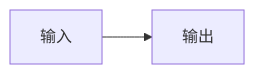
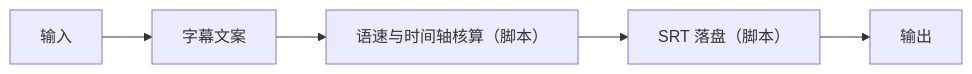
The diagram in workflows/voiceover-subtitle-flow/SKILL.md (bangwozuo/shop-video-zh), drawn with Mermaid before and after one commit. The commit also changed other lines of this file and 63 other files, not shown here.

````diff
--- a/workflows/voiceover-subtitle-flow/SKILL.md
+++ b/workflows/voiceover-subtitle-flow/SKILL.md
@@ -26,6 +26,12 @@
 ```mermaid
 flowchart LR
     IN["输入"]
+    S1["字幕文案"]
+    S2["语速与时间轴核算（脚本）"]
+    S3["SRT 落盘（脚本）"]
     OUT["输出"]
-    IN --> OUT
+    IN --> S1
+    S1 --> S2
+    S2 --> S3
+    S3 --> OUT
 ```
````
